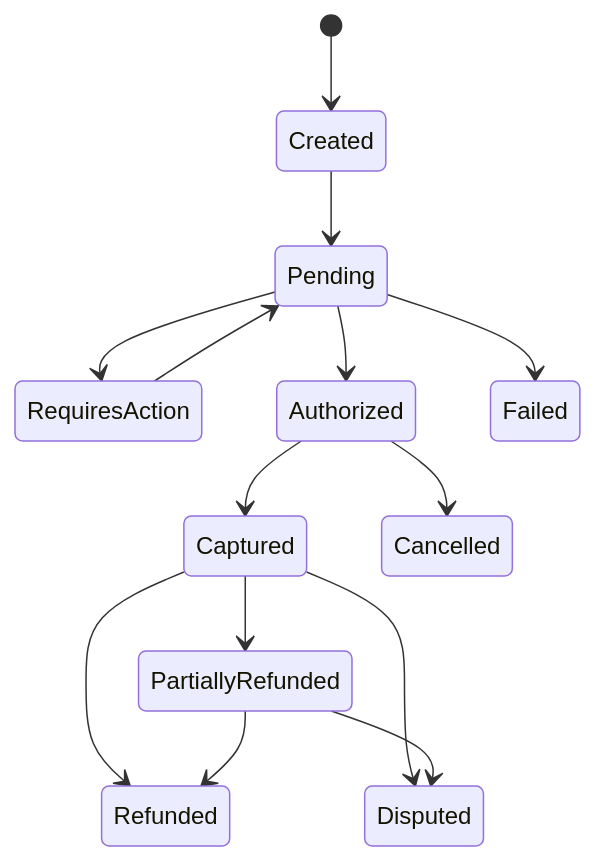
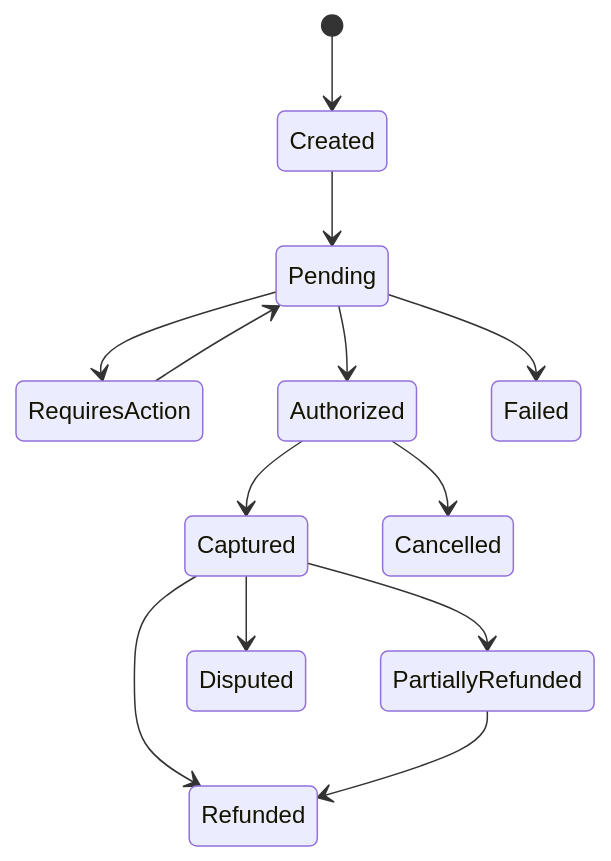
One commit to AvadhBhalodiya/Interview-Preparation changed the third of 4 diagrams in src/content/payments/webhooks-reliability.md. Above: the diagram before and after it, drawn with Mermaid. The commit also changed other lines of this file and 54 other files, not shown here.

````diff
--- a/src/content/payments/webhooks-reliability.md
+++ b/src/content/payments/webhooks-reliability.md
@@ -579,16 +398,15 @@
 ```mermaid
 stateDiagram-v2
     [*] --> Created
     Created --> Pending
     Pending --> RequiresAction
     RequiresAction --> Pending
     Pending --> Authorized
     Pending --> Failed
     Authorized --> Captured
     Authorized --> Cancelled
     Captured --> PartiallyRefunded
     Captured --> Refunded
     PartiallyRefunded --> Refunded
     Captured --> Disputed
-    PartiallyRefunded --> Disputed
 ```
````
